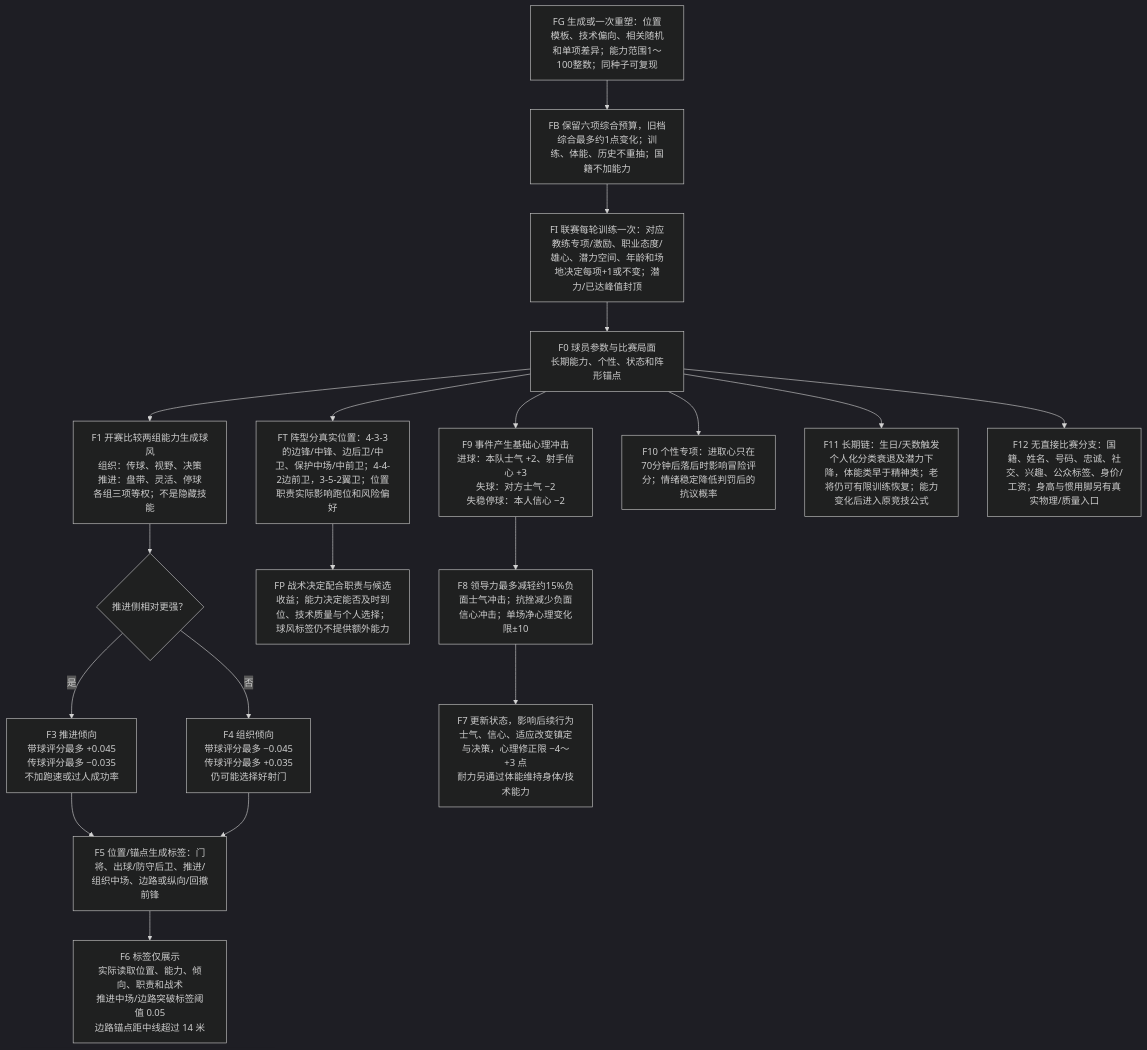
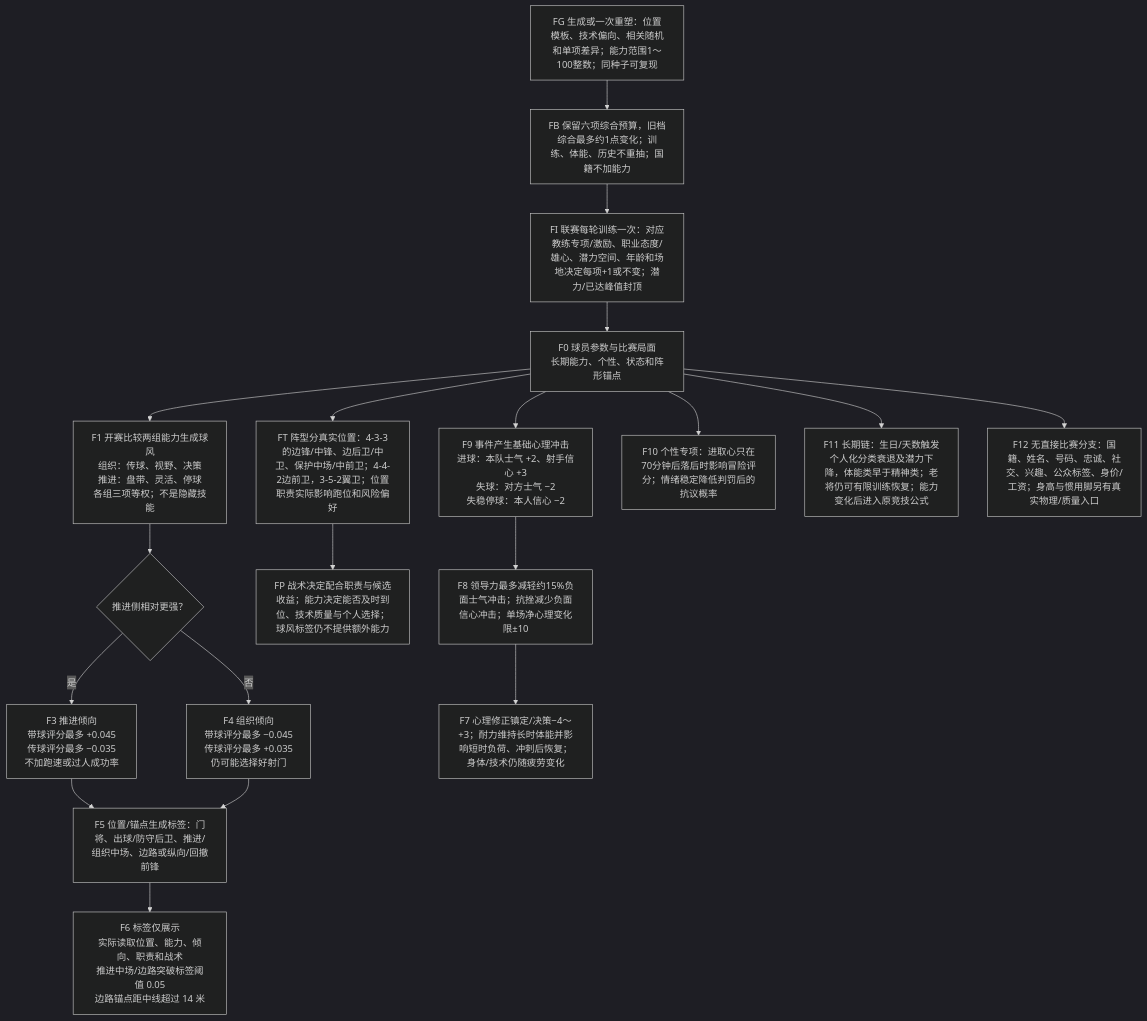
One commit to sixu3575/touchline-manager changed the sixth of 7 diagrams in packages/shared/modules/matches/design/PLAYER_DECISION_MAP.md. Above: the diagram before and after it, drawn with Mermaid (dark theme). The commit also changed other lines of this file and 39 other files, not shown here.

````diff
--- a/packages/shared/modules/matches/design/PLAYER_DECISION_MAP.md
+++ b/packages/shared/modules/matches/design/PLAYER_DECISION_MAP.md
@@ -352,21 +354,21 @@
 ```mermaid
 flowchart TD
   FG["FG 生成或一次重塑：位置模板、技术偏向、相关随机和单项差异；能力范围1～100整数；同种子可复现"] --> FB["FB 保留六项综合预算，旧档综合最多约1点变化；训练、体能、历史不重抽；国籍不加能力"]
   FB --> FI["FI 联赛每轮训练一次：对应教练专项/激励、职业态度/雄心、潜力空间、年龄和场地决定每项+1或不变；潜力/已达峰值封顶"]
   FI --> F0
   F0["F0 球员参数与比赛局面<br/>长期能力、个性、状态和阵形锚点"] --> F1["F1 开赛比较两组能力生成球风<br/>组织：传球、视野、决策<br/>推进：盘带、灵活、停球<br/>各组三项等权；不是隐藏技能"]
   F1 --> F2{"推进侧相对更强？"}
   F2 -->|是| F3["F3 推进倾向<br/>带球评分最多 +0.045<br/>传球评分最多 −0.035<br/>不加跑速或过人成功率"]
   F2 -->|否| F4["F4 组织倾向<br/>带球评分最多 −0.045<br/>传球评分最多 +0.035<br/>仍可能选择好射门"]
   F3 --> F5["F5 位置/锚点生成标签：门将、出球/防守后卫、推进/组织中场、边路或纵向/回撤前锋"]
   F4 --> F5
   F5 --> F6["F6 标签仅展示<br/>实际读取位置、能力、倾向、职责和战术<br/>推进中场/边路突破标签阈值 0.05<br/>边路锚点距中线超过 14 米"]
   F0 --> FT["FT 阵型分真实位置：4-3-3的边锋/中锋、边后卫/中卫、保护中场/中前卫；4-4-2边前卫，3-5-2翼卫；位置职责实际影响跑位和风险偏好"]
   FT --> FP["FP 战术决定配合职责与候选收益；能力决定能否及时到位、技术质量与个人选择；球风标签仍不提供额外能力"]
   F0 --> F9["F9 事件产生基础心理冲击<br/>进球：本队士气 +2、射手信心 +3<br/>失球：对方士气 −2<br/>失稳停球：本人信心 −2"]
   F9 --> F8["F8 领导力最多减轻约15%负面士气冲击；抗挫减少负面信心冲击；单场净心理变化限±10"]
-  F8 --> F7["F7 更新状态，影响后续行为<br/>士气、信心、适应改变镇定与决策，心理修正限 −4～+3 点<br/>耐力另通过体能维持身体/技术能力"]
+  F8 --> F7["F7 心理修正镇定/决策−4～+3；耐力维持长时体能并影响短时负荷、冲刺后恢复；身体/技术仍随疲劳变化"]
   F0 --> F10["F10 个性专项：进取心只在70分钟后落后时影响冒险评分；情绪稳定降低判罚后的抗议概率"]
   F0 --> F11["F11 长期链：生日/天数触发个人化分类衰退及潜力下降，体能类早于精神类；老将仍可有限训练恢复；能力变化后进入原竞技公式"]
   F0 --> F12["F12 无直接比赛分支：国籍、姓名、号码、忠诚、社交、兴趣、公众标签、身价/工资；身高与惯用脚另有真实物理/质量入口"]
 ```
````
